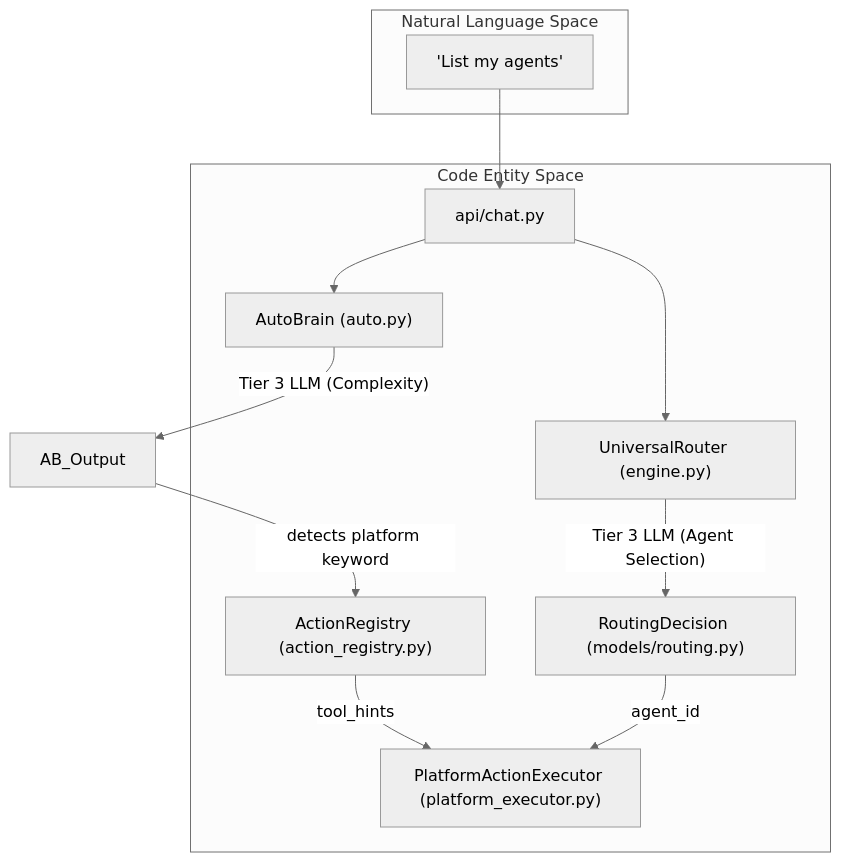
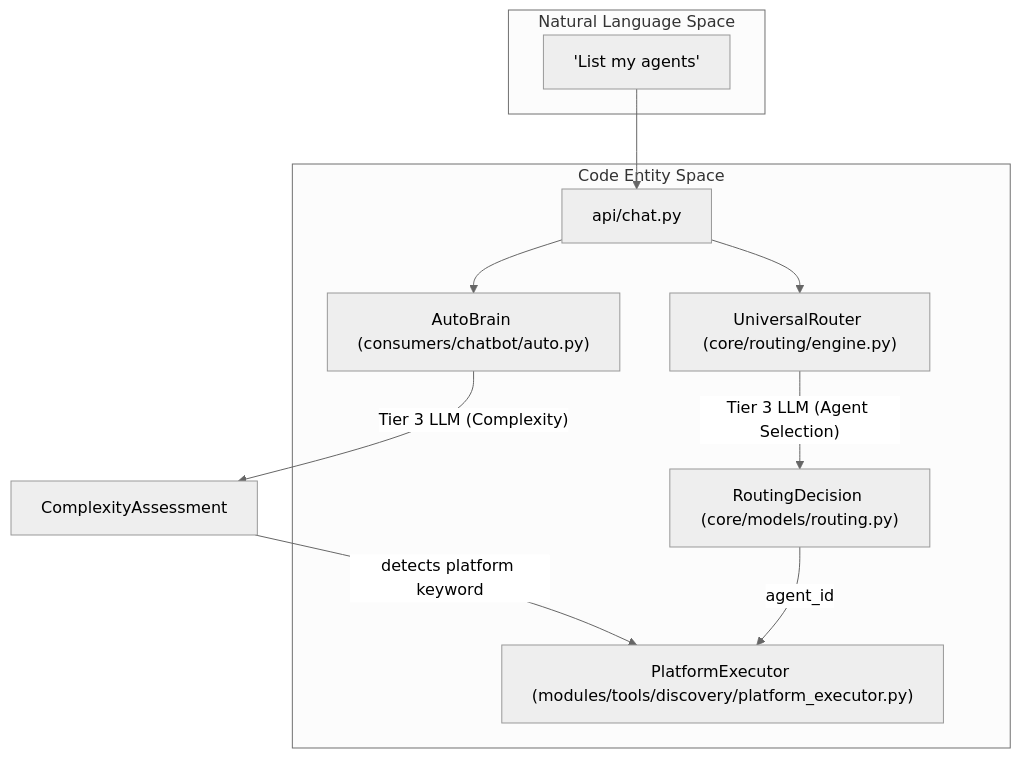
The second of 2 diagrams in docs/universal-router/tier-3-llm-classification.md (AutomatosAI/automatos-ai), drawn with Mermaid (neutral theme) before and after one commit. The commit also changed other lines of this file and 191 other files, not shown here.

````diff
--- a/docs/universal-router/tier-3-llm-classification.md
+++ b/docs/universal-router/tier-3-llm-classification.md
@@ -151,25 +112,22 @@
 ```mermaid
 graph TD
     subgraph "Code Entity Space"
         API["api/chat.py"]
-        AB["AutoBrain (auto.py)"]
-        UR["UniversalRouter (engine.py)"]
-        Decision["RoutingDecision (models/routing.py)"]
-        AR["ActionRegistry (action_registry.py)"]
-        PLAT["PlatformActionExecutor (platform_executor.py)"]
+        AB["AutoBrain (consumers/chatbot/auto.py)"]
+        UR["UniversalRouter (core/routing/engine.py)"]
+        Decision["RoutingDecision (core/models/routing.py)"]
+        PE["PlatformExecutor (modules/tools/discovery/platform_executor.py)"]
     end
 
     subgraph "Natural Language Space"
         UserMsg["'List my agents'"]
     end
 
     UserMsg --> API
     API --> AB
-    AB -- "Tier 3 LLM (Complexity)" --> AB_Output
-    AB_Output -->|detects platform keyword| AR
+    AB -- "Tier 3 LLM (Complexity)" --> AB_Output["ComplexityAssessment"]
+    AB_Output -->|detects platform keyword| PE
     API --> UR
     UR -- "Tier 3 LLM (Agent Selection)" --> Decision
-    
-    AR -->|tool_hints| PLAT
-    Decision -->|agent_id| PLAT
+    Decision -->|agent_id| PE
 ```
````
